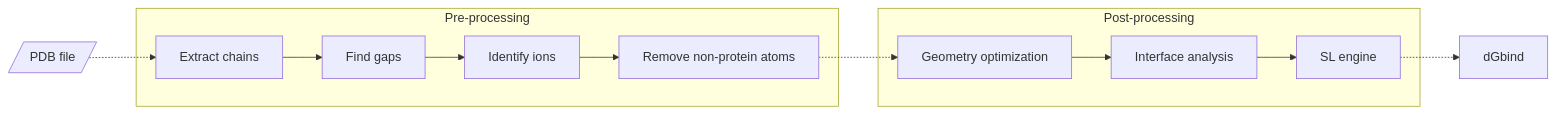
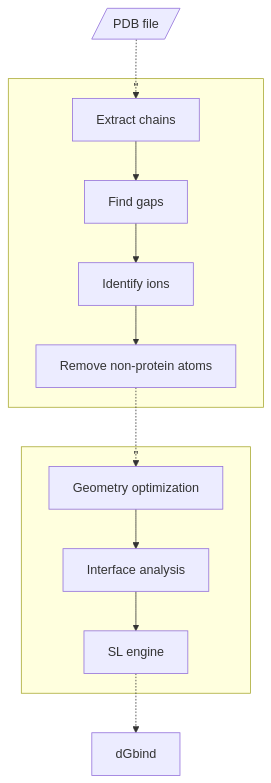
The diagram in README.md (eltonjfc/pbee), drawn with Mermaid before and after one commit. The commit also changed other lines of this file, not shown here.

````diff
--- a/README.md
+++ b/README.md
@@ -5,24 +7,24 @@
 ```mermaid
-flowchart LR
+flowchart TB
 	pdb[/PDB file/] 
 	step1[Extract chains] 
 	step2[Find gaps] 
 	step3[Identify ions] 
 	step4[Remove non-protein atoms] 
 	step5[Geometry optimization] 
 	step6[Interface analysis] 
 	step7[SL engine]
 	result[dGbind]
 
-	subgraph Post-processing
+	subgraph B['']
 	step5 --> step6 --> step7
 	end 
 	
-	subgraph Pre-processing 
+	subgraph A['']
 	step1 --> step2 --> step3 --> step4
 	end 
 	
 	pdb -.-> step1
 	step4 -.-> step5
 	step7 -.-> result
-```
+``` 
````
